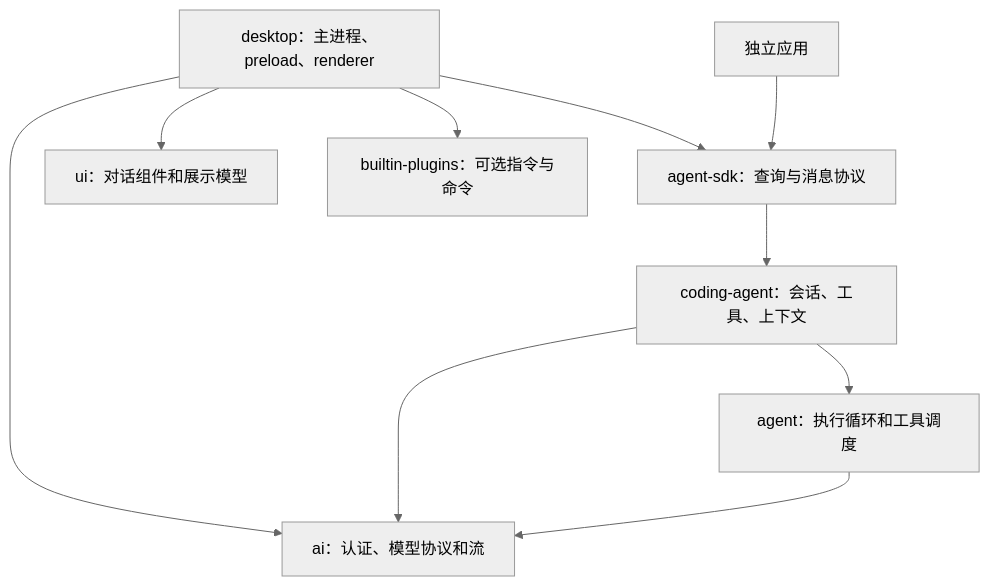
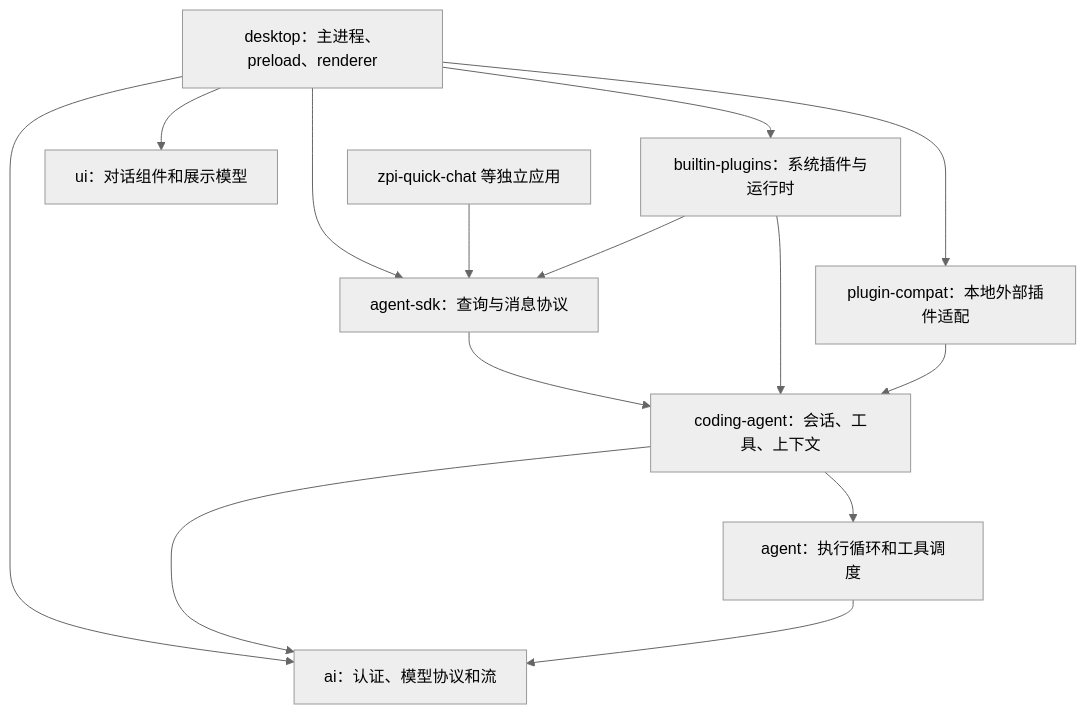
The first of 2 diagrams in docs/design.md (1316151417/zpi), drawn with Mermaid (neutral theme) before and after one commit. The commit also changed other lines of this file and 34 other files, not shown here.

Commit message:
Document plugin architecture and release 0.3.3

````diff
--- a/docs/design.md
+++ b/docs/design.md
@@ -25,12 +27,16 @@
 ```mermaid
 flowchart TD
   D[desktop：主进程、preload、renderer] --> SDK[agent-sdk：查询与消息协议]
-  Q[独立应用] --> SDK
+  Q[zpi-quick-chat 等独立应用] --> SDK
   SDK --> C[coding-agent：会话、工具、上下文]
   D --> U[ui：对话组件和展示模型]
   D --> AI[ai：认证、模型协议和流]
   C --> A[agent：执行循环和工具调度]
   C --> AI
   A --> AI
-  D --> B[builtin-plugins：可选指令与命令]
+  D --> B[builtin-plugins：系统插件与运行时]
+  B --> SDK
+  B --> C
+  D --> PC[plugin-compat：本地外部插件适配]
+  PC --> C
 ```
````
